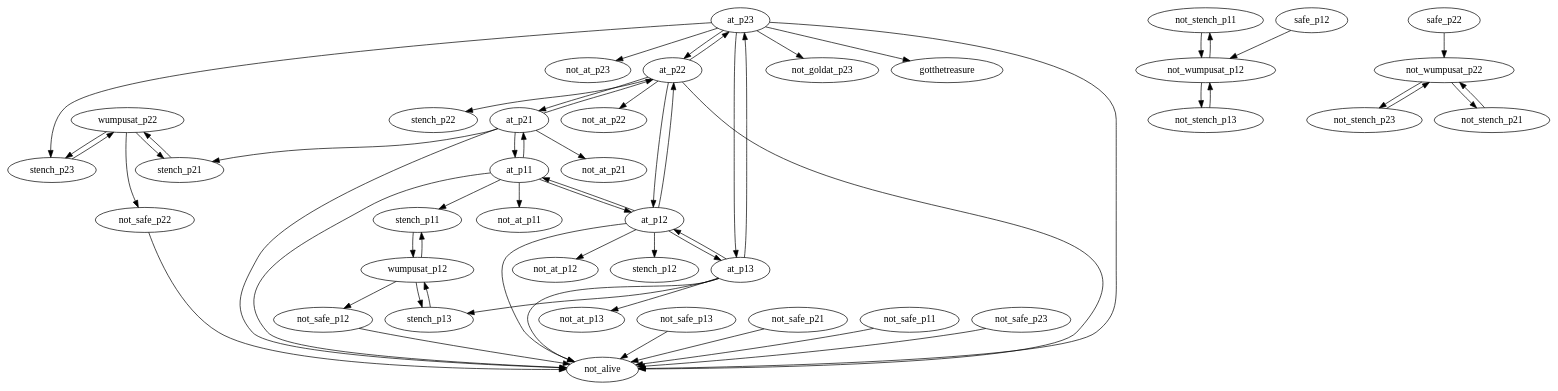
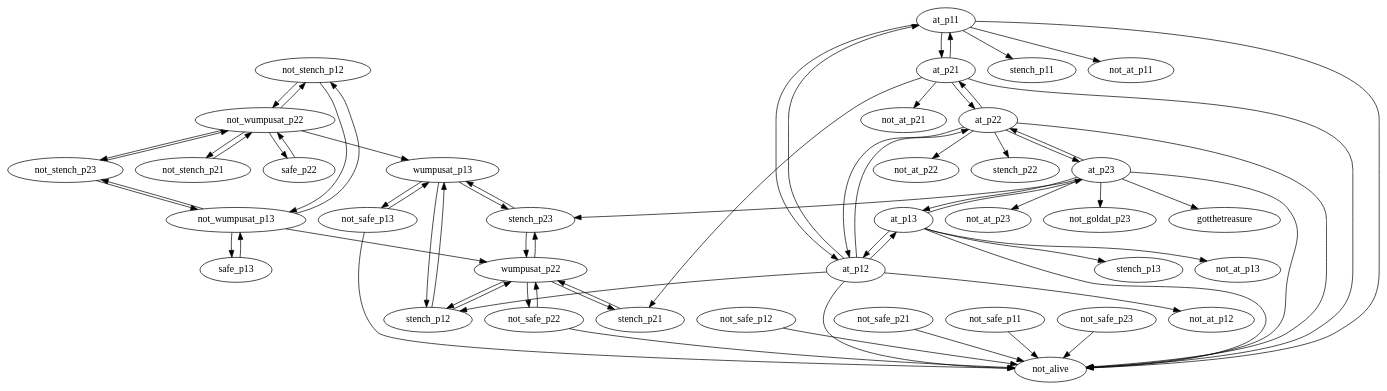
Before and after one commit to ignasiet/Translator: the diagram in Graph.dot, drawn with Graphviz. The commit also changed 7 other files, not shown here.

```diff
--- a/Graph.dot
+++ b/Graph.dot
@@ -1,99 +1,108 @@
 digraph G {
+  not_stench_p12;
+  not_wumpusat_p22;
+  not_wumpusat_p13;
   wumpusat_p22;
+  not_safe_p22;
   stench_p23;
+  stench_p12;
   stench_p21;
   stench_p11;
-  wumpusat_p12;
   at_p11;
-  not_stench_p11;
-  not_wumpusat_p12;
   not_at_p23;
   at_p23;
+  safe_p13;
   not_at_p22;
   at_p22;
   not_at_p21;
   at_p21;
   at_p13;
   at_p12;
   not_goldat_p23;
-  not_safe_p22;
   gotthetreasure;
-  not_wumpusat_p22;
   safe_p22;
   not_stench_p23;
   not_stench_p21;
-  stench_p13;
+  wumpusat_p13;
+  not_safe_p13;
   stench_p22;
   not_at_p13;
   not_alive;
   not_safe_p12;
-  not_safe_p13;
   not_safe_p21;
   not_safe_p11;
   not_safe_p23;
   not_at_p12;
   not_at_p11;
-  not_stench_p13;
-  safe_p12;
-  stench_p12;
+  stench_p13;
+  not_wumpusat_p22 -> not_stench_p12;
+  not_wumpusat_p13 -> not_stench_p12;
+  not_safe_p22 -> wumpusat_p22;
   stench_p23 -> wumpusat_p22;
+  stench_p12 -> wumpusat_p22;
+  not_wumpusat_p13 -> wumpusat_p22;
   stench_p21 -> wumpusat_p22;
-  wumpusat_p12 -> stench_p11;
   at_p11 -> stench_p11;
-  not_wumpusat_p12 -> not_stench_p11;
   at_p23 -> not_at_p23;
+  not_wumpusat_p13 -> safe_p13;
   at_p22 -> not_at_p22;
   at_p21 -> not_at_p21;
   at_p13 -> at_p23;
   at_p22 -> at_p23;
   at_p23 -> at_p22;
   at_p12 -> at_p22;
   at_p21 -> at_p22;
   at_p11 -> at_p21;
   at_p22 -> at_p21;
   at_p23 -> not_goldat_p23;
   wumpusat_p22 -> not_safe_p22;
   at_p23 -> gotthetreasure;
   safe_p22 -> not_wumpusat_p22;
+  not_stench_p12 -> not_wumpusat_p22;
   not_stench_p23 -> not_wumpusat_p22;
   not_stench_p21 -> not_wumpusat_p22;
-  stench_p13 -> wumpusat_p12;
-  stench_p11 -> wumpusat_p12;
+  not_wumpusat_p22 -> wumpusat_p13;
+  not_safe_p13 -> wumpusat_p13;
+  stench_p23 -> wumpusat_p13;
+  stench_p12 -> wumpusat_p13;
+  wumpusat_p13 -> stench_p23;
+  wumpusat_p22 -> stench_p23;
   at_p23 -> stench_p23;
-  wumpusat_p22 -> stench_p23;
   not_wumpusat_p22 -> not_stench_p23;
+  not_wumpusat_p13 -> not_stench_p23;
   at_p22 -> stench_p22;
   wumpusat_p22 -> stench_p21;
   at_p21 -> stench_p21;
   at_p13 -> not_at_p13;
   not_safe_p12 -> not_alive;
   not_safe_p13 -> not_alive;
   not_safe_p21 -> not_alive;
   not_safe_p11 -> not_alive;
   not_safe_p22 -> not_alive;
   not_safe_p23 -> not_alive;
   at_p11 -> not_alive;
   at_p23 -> not_alive;
   at_p13 -> not_alive;
   at_p12 -> not_alive;
   at_p21 -> not_alive;
   at_p22 -> not_alive;
   not_wumpusat_p22 -> not_stench_p21;
   at_p12 -> not_at_p12;
   at_p11 -> not_at_p11;
   at_p23 -> at_p13;
   at_p12 -> at_p13;
   at_p11 -> at_p12;
   at_p13 -> at_p12;
   at_p22 -> at_p12;
   at_p12 -> at_p11;
   at_p21 -> at_p11;
-  wumpusat_p12 -> not_safe_p12;
-  not_stench_p13 -> not_wumpusat_p12;
-  safe_p12 -> not_wumpusat_p12;
-  not_stench_p11 -> not_wumpusat_p12;
-  wumpusat_p12 -> stench_p13;
+  wumpusat_p13 -> not_safe_p13;
+  not_wumpusat_p22 -> safe_p22;
+  not_stench_p12 -> not_wumpusat_p13;
+  safe_p13 -> not_wumpusat_p13;
+  not_stench_p23 -> not_wumpusat_p13;
   at_p13 -> stench_p13;
-  not_wumpusat_p12 -> not_stench_p13;
+  wumpusat_p13 -> stench_p12;
+  wumpusat_p22 -> stench_p12;
   at_p12 -> stench_p12;
 }
```
